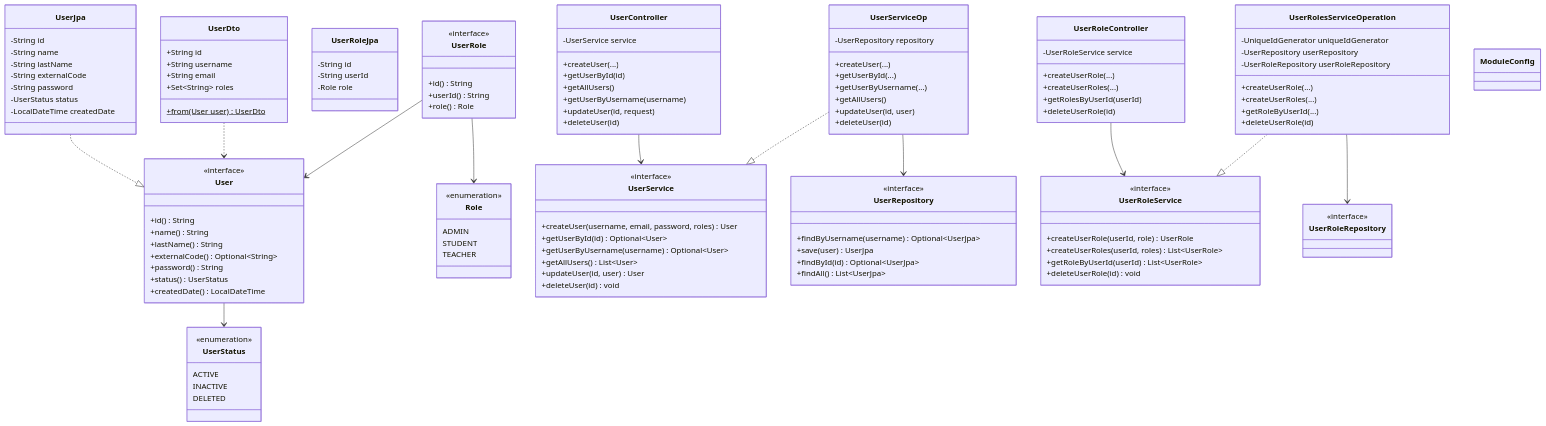
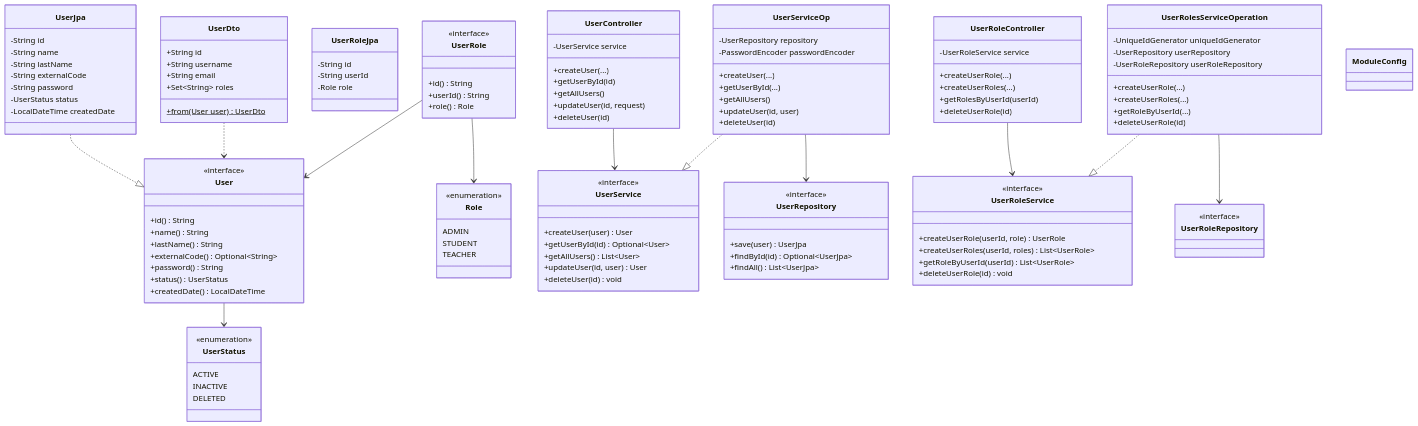
One commit to Univalle-Gadim-Lab/virtual-lab-platform changed the third of 7 diagrams in architecture/ARCHITECTURE.md. Above: the diagram before and after it, drawn with Mermaid. The commit also changed other lines of this file and 41 other files, not shown here.

First line of the commit message:
docs: update architecture docs for email-based user identifier

```diff
--- a/architecture/ARCHITECTURE.md
+++ b/architecture/ARCHITECTURE.md
@@ -201,9 +201,8 @@
 
     class UserService {
         <<interface>>
-        +createUser(username, email, password, roles) User
+        +createUser(user) User
         +getUserById(id) Optional~User~
-        +getUserByUsername(username) Optional~User~
         +getAllUsers() List~User~
         +updateUser(id, user) User
         +deleteUser(id) void
@@ -235,7 +234,6 @@
 
     class UserRepository {
         <<interface>>
-        +findByUsername(username) Optional~UserJpa~
         +save(user) UserJpa
         +findById(id) Optional~UserJpa~
         +findAll() List~UserJpa~
@@ -247,9 +245,9 @@
 
     class UserServiceOp {
         -UserRepository repository
+        -PasswordEncoder passwordEncoder
         +createUser(...)
         +getUserById(...)
-        +getUserByUsername(...)
         +getAllUsers()
         +updateUser(id, user)
         +deleteUser(id)
@@ -270,7 +268,6 @@
         +createUser(...)
         +getUserById(id)
         +getAllUsers()
-        +getUserByUsername(username)
         +updateUser(id, request)
         +deleteUser(id)
     }
```
